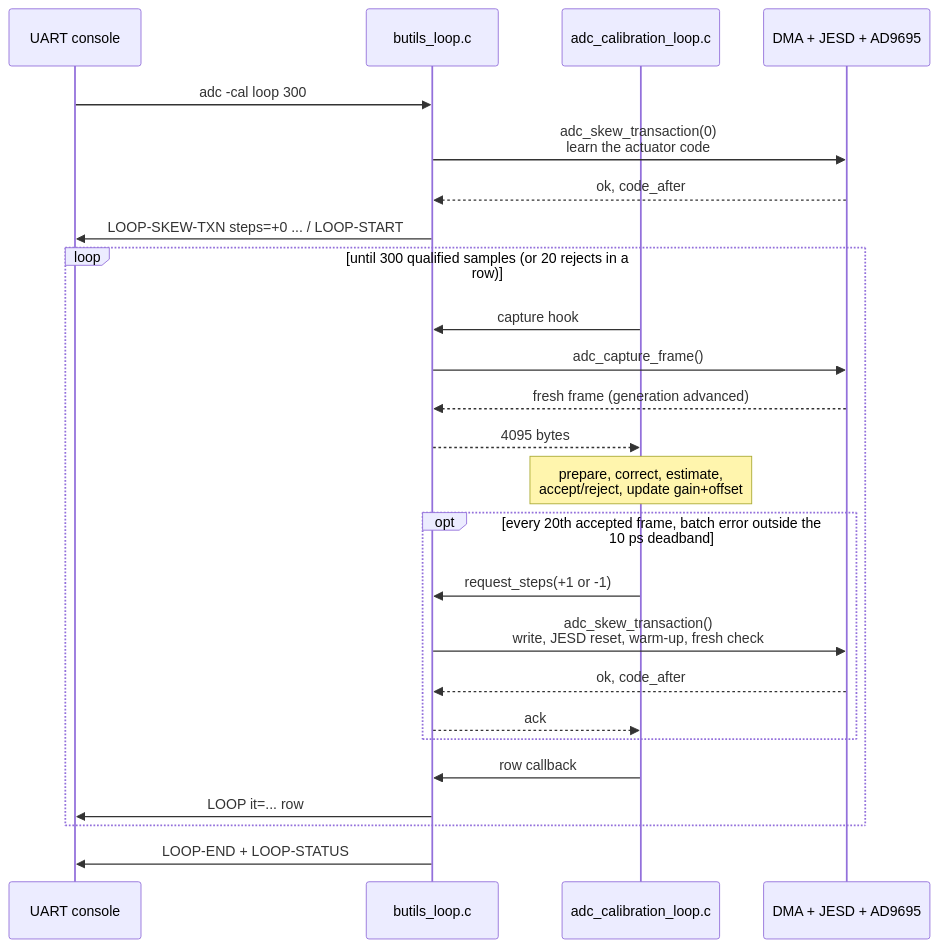
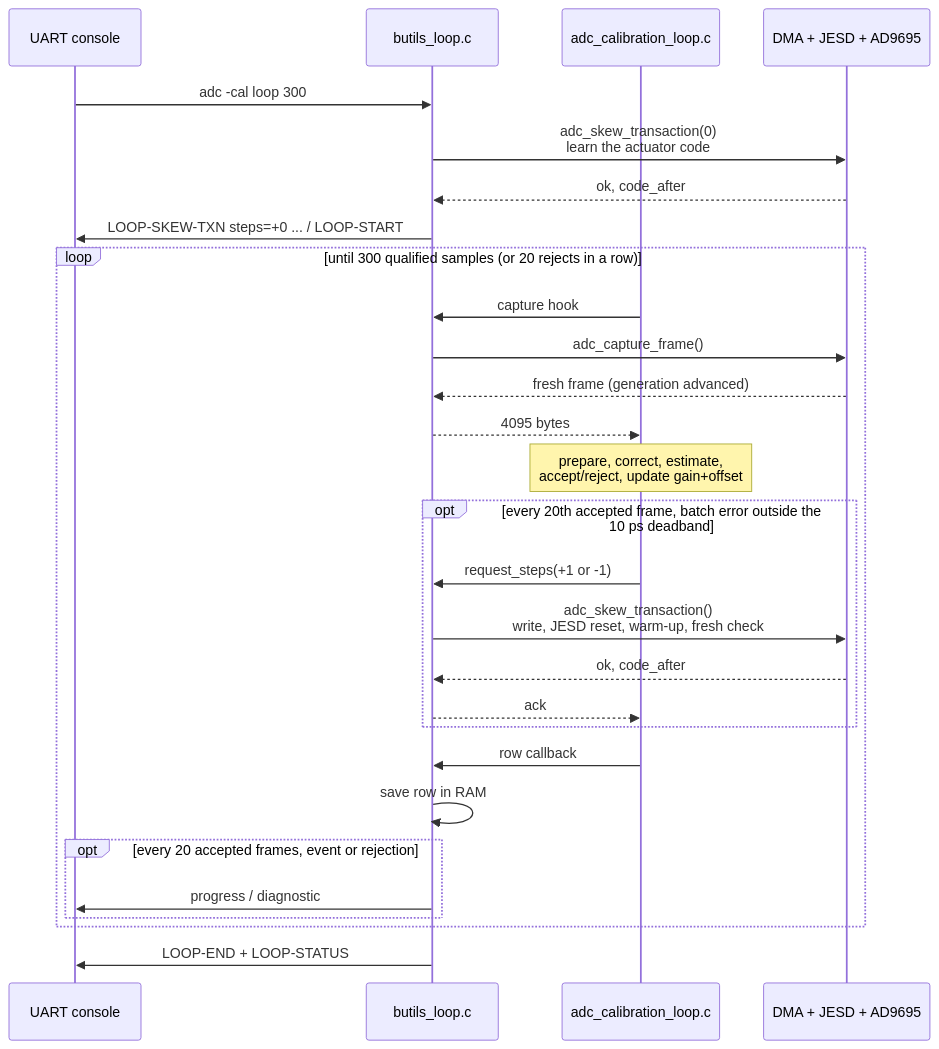
The fourth of 5 diagrams in firmware/thesis_v3_loop_appl/README.md (Wenda-Lou/summer2025_research_tiadc), drawn with Mermaid before and after one commit. The commit also changed other lines of this file and 722 other files, not shown here.

````diff
--- a/firmware/thesis_v3_loop_appl/README.md
+++ b/firmware/thesis_v3_loop_appl/README.md
@@ -125,27 +209,30 @@
 ```mermaid
 sequenceDiagram
     participant U as UART console
     participant B as butils_loop.c
     participant L as adc_calibration_loop.c
     participant H as DMA + JESD + AD9695
     U->>B: adc -cal loop 300
     B->>H: adc_skew_transaction(0)<br/>learn the actuator code
     H-->>B: ok, code_after
     B->>U: LOOP-SKEW-TXN steps=+0 ... / LOOP-START
     loop until 300 qualified samples (or 20 rejects in a row)
         L->>B: capture hook
         B->>H: adc_capture_frame()
         H-->>B: fresh frame (generation advanced)
         B-->>L: 4095 bytes
         Note over L: prepare, correct, estimate,<br/>accept/reject, update gain+offset
         opt every 20th accepted frame, batch error outside the 10 ps deadband
             L->>B: request_steps(+1 or -1)
             B->>H: adc_skew_transaction()<br/>write, JESD reset, warm-up, fresh check
             H-->>B: ok, code_after
             B-->>L: ack
         end
         L->>B: row callback
-        B->>U: LOOP it=... row
+        B->>B: save row in RAM
+        opt every 20 accepted frames, event or rejection
+            B->>U: progress / diagnostic
+        end
     end
     B->>U: LOOP-END + LOOP-STATUS
 ```
````
